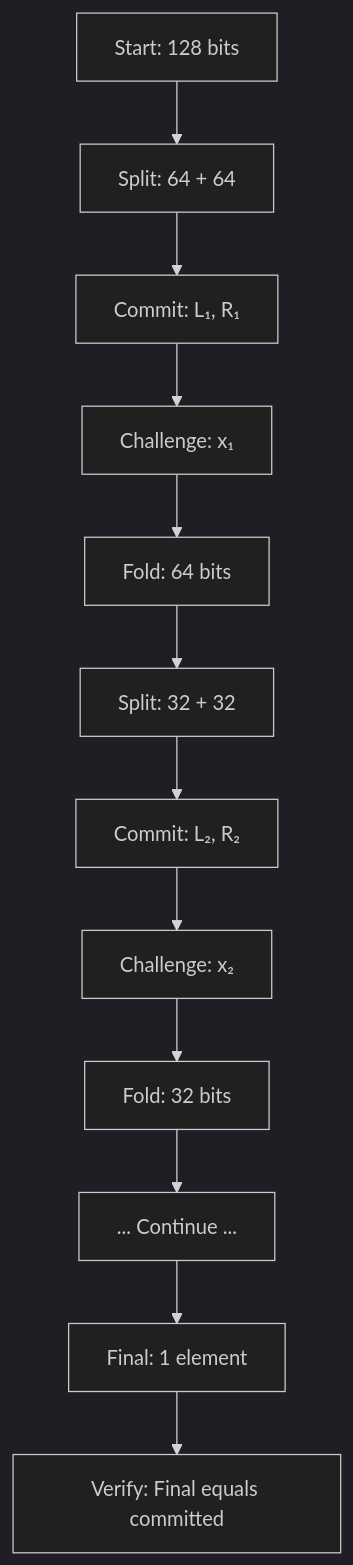
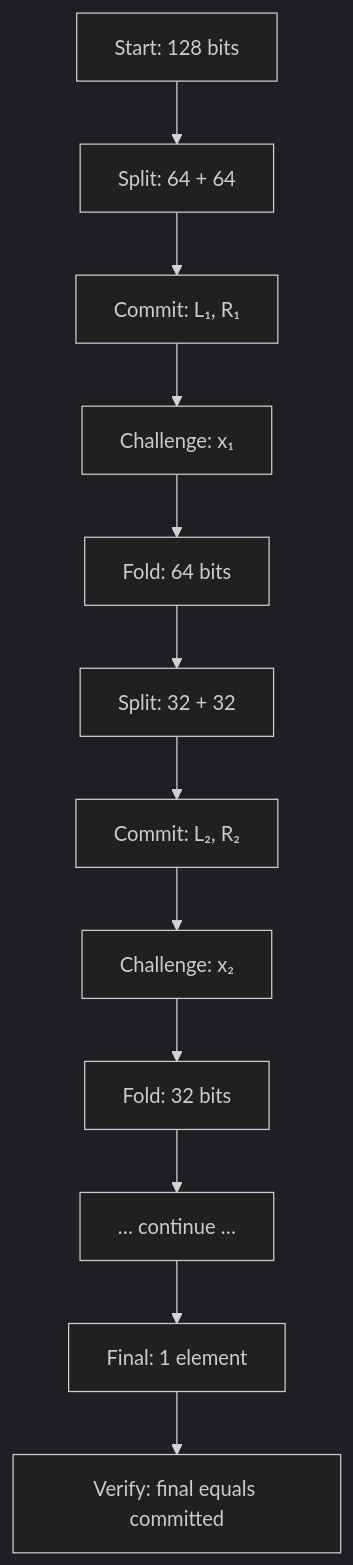
Before and after one commit to DHEBP/dero-docs: the diagram in derod-main/pages/integrity/range-proof-integrity.mdx, drawn with Mermaid (dark theme). The commit also changed other lines of this file, not shown here.

````diff
--- a/derod-main/pages/integrity/range-proof-integrity.mdx
+++ b/derod-main/pages/integrity/range-proof-integrity.mdx
@@ -194,17 +80,17 @@
 ```mermaid
 flowchart TD
     A["Start: 128 bits"] --> B["Split: 64 + 64"]
     B --> C["Commit: L₁, R₁"]
     C --> D["Challenge: x₁"]
     D --> E["Fold: 64 bits"]
-    
+
     E --> F["Split: 32 + 32"]
     F --> G["Commit: L₂, R₂"]
     G --> H["Challenge: x₂"]
     H --> I["Fold: 32 bits"]
-    
-    I --> J["... Continue ..."]
+
+    I --> J["… continue …"]
     J --> K["Final: 1 element"]
-    
-    K --> L["Verify: Final equals committed"]
+
+    K --> L["Verify: final equals committed"]
 ```
````
